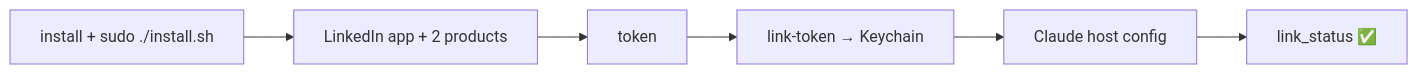
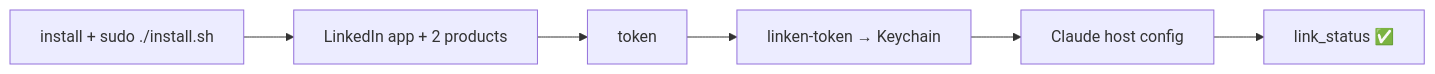
Before and after one commit to Colorado-Startups/link: the diagram in docs/setup.md, drawn with Mermaid. The commit also changed other lines of this file and 31 other files, not shown here.

````diff
--- a/docs/setup.md
+++ b/docs/setup.md
@@ -5,4 +5,4 @@
 ```mermaid
 flowchart LR
-  I[install + sudo ./install.sh] --> A[LinkedIn app + 2 products] --> T[token] --> K[link-token → Keychain] --> H[Claude host config] --> S[link_status ✅]
+  I[install + sudo ./install.sh] --> A[LinkedIn app + 2 products] --> T[token] --> K[linken-token → Keychain] --> H[Claude host config] --> S[link_status ✅]
 ```
````
